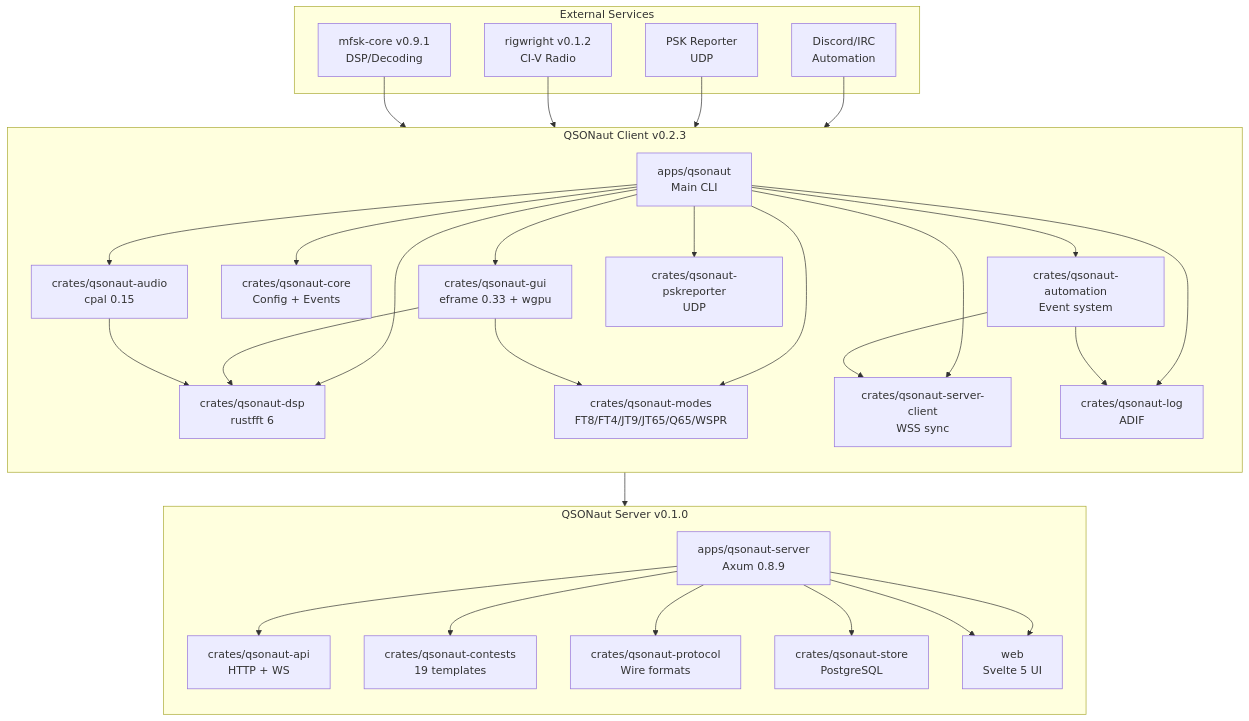
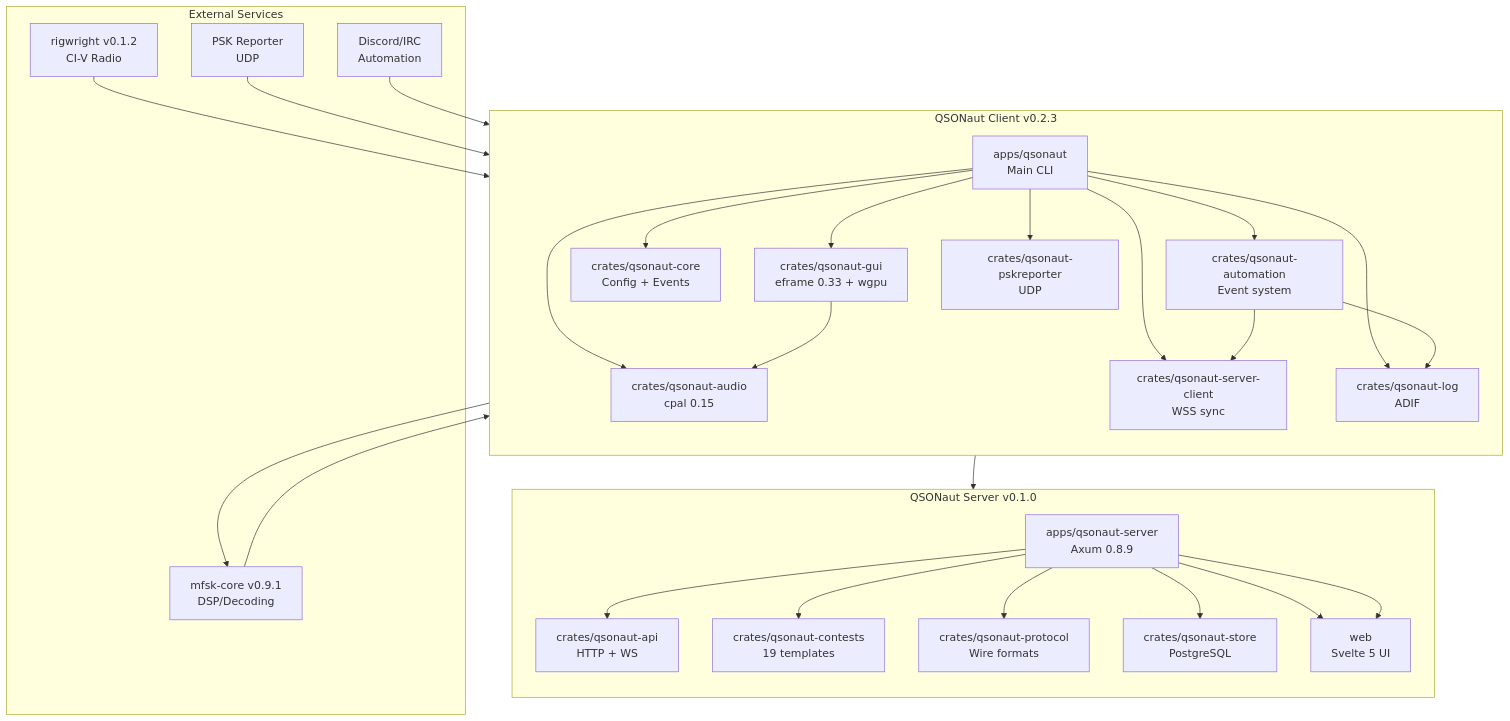
One commit to nicksbar/QSONaut changed the first of 6 diagrams in docs/ARCHITECTURE.md. Above: the diagram before and after it, drawn with Mermaid. The commit also changed other lines of this file and 36 other files, not shown here.

````diff
--- a/docs/ARCHITECTURE.md
+++ b/docs/ARCHITECTURE.md
@@ -5,46 +5,43 @@
 ```mermaid
 graph TB
     subgraph QSONaut_Client["QSONaut Client v0.2.3"]
         direction TB
         A[apps/qsonaut<br/>Main CLI]
         A --> B[crates/qsonaut-gui<br/>eframe 0.33 + wgpu]
         A --> C[crates/qsonaut-core<br/>Config + Events]
-        A --> D[crates/qsonaut-dsp<br/>rustfft 6]
-        A --> E[crates/qsonaut-modes<br/>FT8/FT4/JT9/JT65/Q65/WSPR]
         A --> F[crates/qsonaut-audio<br/>cpal 0.15]
         A --> G[crates/qsonaut-automation<br/>Event system]
         A --> H[crates/qsonaut-server-client<br/>WSS sync]
         A --> I[crates/qsonaut-log<br/>ADIF]
         A --> J[crates/qsonaut-pskreporter<br/>UDP]
         
-        B --> D
-        B --> E
-        F --> D
+        B --> F
         G --> H
         G --> I
     end
     
     subgraph QSONaut_Server["QSONaut Server v0.1.0"]
         direction TB
         K[apps/qsonaut-server<br/>Axum 0.8.9]
         K --> L[crates/qsonaut-api<br/>HTTP + WS]
         K --> M[crates/qsonaut-contests<br/>19 templates]
         K --> N[crates/qsonaut-protocol<br/>Wire formats]
         K --> O[crates/qsonaut-store<br/>PostgreSQL]
         K --> P[web<br/>Svelte 5 UI]
     end
     
     subgraph External["External Services"]
         Q[mfsk-core v0.9.1<br/>DSP/Decoding]
         R[rigwright v0.1.2<br/>CI-V Radio]
         S[PSK Reporter<br/>UDP]
         T[Discord/IRC<br/>Automation]
     end
     
-    Q --> E
+    Q --> B
+    F --> Q
     R --> A
     S --> I
     T --> G
     H --> K
     K --> P
 ```
````
